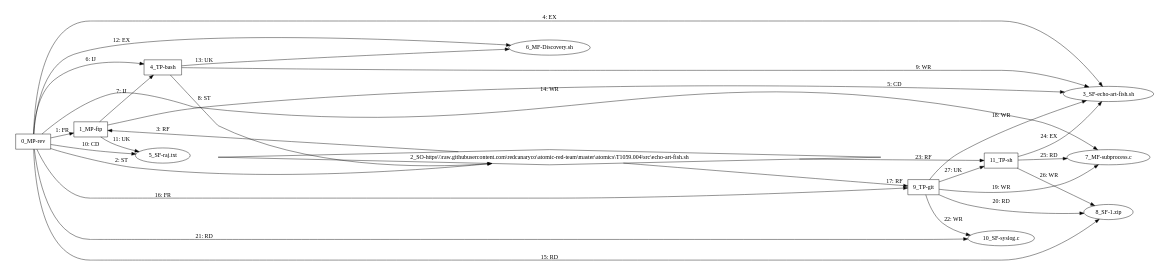
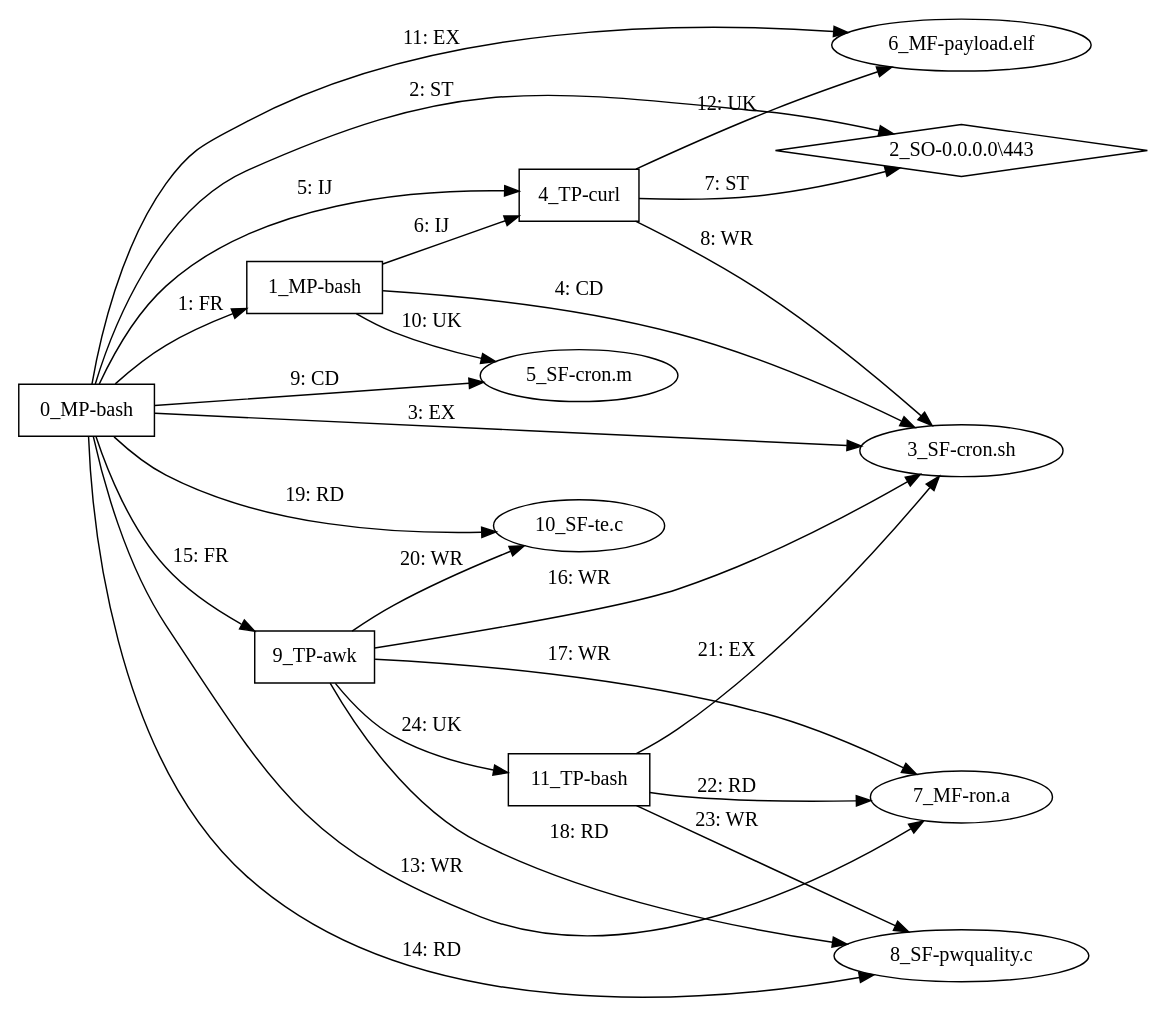
The diagram in TAGAPT_generated_samples/result-visualization/1.dot (davit0308/DACN), drawn with Graphviz before and after one commit. The commit also changed 22 other files, not shown here.

Commit message:
Add evaluation and scoring utilities for generated graph samples including RDKit-based molecular assessment and checkpoint model testing.

```diff
--- a/TAGAPT_generated_samples/result-visualization/1.dot
+++ b/TAGAPT_generated_samples/result-visualization/1.dot
@@ -1,41 +1,38 @@
 digraph "/kaggle/working/TAGAPT_Run/result-visualization/1.dot" {
-rankdir="LR"size="9"fixedsize="false"splines="true"nodesep=0.3ranksep=0fontsize=10overlap="scalexy"engine= "neato"	"0_MP-rev" [shape=rectangle]
-	"1_MP-ftp" [shape=rectangle]
-	"2_SO-https\\\\\\raw.githubusercontent.com\\redcanaryco\\atomic-red-team\\master\\atomics\\T1059.004\\src\\echo-art-fish.sh" [shape=diamond]
-	"3_SF-echo-art-fish.sh" [shape=ellipse]
-	"4_TP-bash" [shape=rectangle]
-	"5_SF-raj.txt" [shape=ellipse]
-	"6_MF-Discovery.sh" [shape=ellipse]
-	"7_MF-subprocess.c" [shape=ellipse]
-	"8_SF-1.zip" [shape=ellipse]
-	"9_TP-git" [shape=rectangle]
-	"10_SF-syslog.c" [shape=ellipse]
-	"11_TP-sh" [shape=rectangle]
-	"0_MP-rev" -> "1_MP-ftp" [label="1: FR"]
-	"0_MP-rev" -> "2_SO-https\\\\\\raw.githubusercontent.com\\redcanaryco\\atomic-red-team\\master\\atomics\\T1059.004\\src\\echo-art-fish.sh" [label="2: ST"]
-	"2_SO-https\\\\\\raw.githubusercontent.com\\redcanaryco\\atomic-red-team\\master\\atomics\\T1059.004\\src\\echo-art-fish.sh" -> "1_MP-ftp" [label="3: RF"]
-	"0_MP-rev" -> "3_SF-echo-art-fish.sh" [label="4: EX"]
-	"1_MP-ftp" -> "3_SF-echo-art-fish.sh" [label="5: CD"]
-	"0_MP-rev" -> "4_TP-bash" [label="6: IJ"]
-	"1_MP-ftp" -> "4_TP-bash" [label="7: IJ"]
-	"4_TP-bash" -> "2_SO-https\\\\\\raw.githubusercontent.com\\redcanaryco\\atomic-red-team\\master\\atomics\\T1059.004\\src\\echo-art-fish.sh" [label="8: ST"]
-	"4_TP-bash" -> "3_SF-echo-art-fish.sh" [label="9: WR"]
-	"0_MP-rev" -> "5_SF-raj.txt" [label="10: CD"]
-	"1_MP-ftp" -> "5_SF-raj.txt" [label="11: UK"]
-	"0_MP-rev" -> "6_MF-Discovery.sh" [label="12: EX"]
-	"4_TP-bash" -> "6_MF-Discovery.sh" [label="13: UK"]
-	"0_MP-rev" -> "7_MF-subprocess.c" [label="14: WR"]
-	"0_MP-rev" -> "8_SF-1.zip" [label="15: RD"]
-	"0_MP-rev" -> "9_TP-git" [label="16: FR"]
-	"2_SO-https\\\\\\raw.githubusercontent.com\\redcanaryco\\atomic-red-team\\master\\atomics\\T1059.004\\src\\echo-art-fish.sh" -> "9_TP-git" [label="17: RF"]
-	"9_TP-git" -> "3_SF-echo-art-fish.sh" [label="18: WR"]
-	"9_TP-git" -> "7_MF-subprocess.c" [label="19: WR"]
-	"9_TP-git" -> "8_SF-1.zip" [label="20: RD"]
-	"0_MP-rev" -> "10_SF-syslog.c" [label="21: RD"]
-	"9_TP-git" -> "10_SF-syslog.c" [label="22: WR"]
-	"2_SO-https\\\\\\raw.githubusercontent.com\\redcanaryco\\atomic-red-team\\master\\atomics\\T1059.004\\src\\echo-art-fish.sh" -> "11_TP-sh" [label="23: RF"]
-	"11_TP-sh" -> "3_SF-echo-art-fish.sh" [label="24: EX"]
-	"11_TP-sh" -> "7_MF-subprocess.c" [label="25: RD"]
-	"11_TP-sh" -> "8_SF-1.zip" [label="26: WR"]
-	"9_TP-git" -> "11_TP-sh" [label="27: UK"]
+rankdir="LR"size="9"fixedsize="false"splines="true"nodesep=0.3ranksep=0fontsize=10overlap="scalexy"engine= "neato"	"0_MP-bash" [shape=rectangle]
+	"1_MP-bash" [shape=rectangle]
+	"2_SO-0.0.0.0\\443" [shape=diamond]
+	"3_SF-cron.sh" [shape=ellipse]
+	"4_TP-curl" [shape=rectangle]
+	"5_SF-cron.m" [shape=ellipse]
+	"6_MF-payload.elf" [shape=ellipse]
+	"7_MF-ron.a" [shape=ellipse]
+	"8_SF-pwquality.c" [shape=ellipse]
+	"9_TP-awk" [shape=rectangle]
+	"10_SF-te.c" [shape=ellipse]
+	"11_TP-bash" [shape=rectangle]
+	"0_MP-bash" -> "1_MP-bash" [label="1: FR"]
+	"0_MP-bash" -> "2_SO-0.0.0.0\\443" [label="2: ST"]
+	"0_MP-bash" -> "3_SF-cron.sh" [label="3: EX"]
+	"1_MP-bash" -> "3_SF-cron.sh" [label="4: CD"]
+	"0_MP-bash" -> "4_TP-curl" [label="5: IJ"]
+	"1_MP-bash" -> "4_TP-curl" [label="6: IJ"]
+	"4_TP-curl" -> "2_SO-0.0.0.0\\443" [label="7: ST"]
+	"4_TP-curl" -> "3_SF-cron.sh" [label="8: WR"]
+	"0_MP-bash" -> "5_SF-cron.m" [label="9: CD"]
+	"1_MP-bash" -> "5_SF-cron.m" [label="10: UK"]
+	"0_MP-bash" -> "6_MF-payload.elf" [label="11: EX"]
+	"4_TP-curl" -> "6_MF-payload.elf" [label="12: UK"]
+	"0_MP-bash" -> "7_MF-ron.a" [label="13: WR"]
+	"0_MP-bash" -> "8_SF-pwquality.c" [label="14: RD"]
+	"0_MP-bash" -> "9_TP-awk" [label="15: FR"]
+	"9_TP-awk" -> "3_SF-cron.sh" [label="16: WR"]
+	"9_TP-awk" -> "7_MF-ron.a" [label="17: WR"]
+	"9_TP-awk" -> "8_SF-pwquality.c" [label="18: RD"]
+	"0_MP-bash" -> "10_SF-te.c" [label="19: RD"]
+	"9_TP-awk" -> "10_SF-te.c" [label="20: WR"]
+	"11_TP-bash" -> "3_SF-cron.sh" [label="21: EX"]
+	"11_TP-bash" -> "7_MF-ron.a" [label="22: RD"]
+	"11_TP-bash" -> "8_SF-pwquality.c" [label="23: WR"]
+	"9_TP-awk" -> "11_TP-bash" [label="24: UK"]
 }
```
